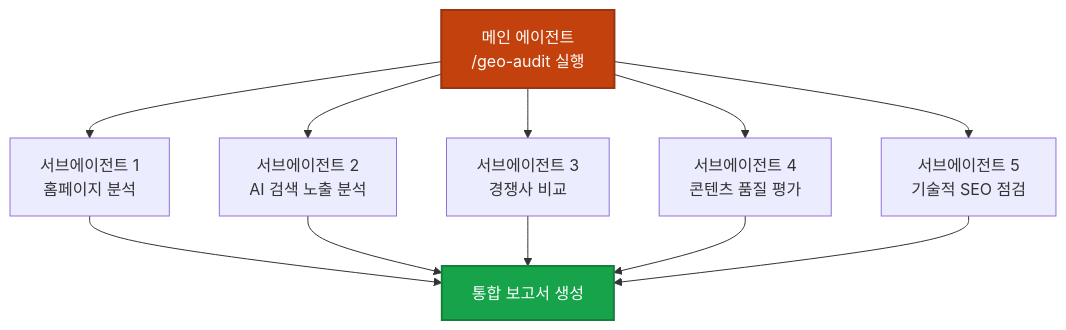
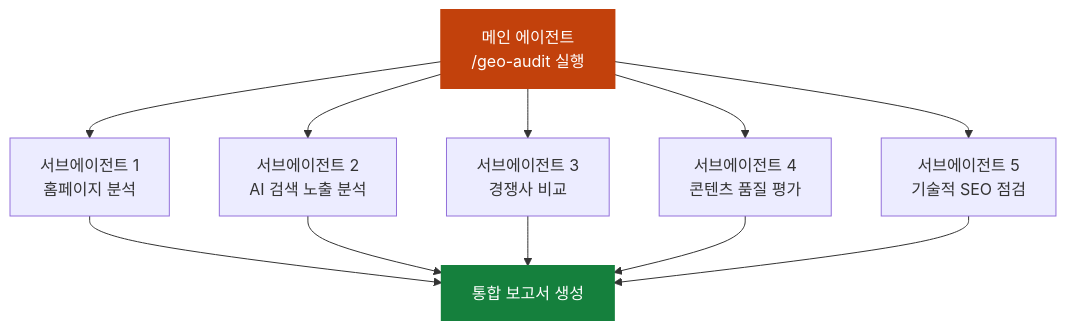
The second of 2 diagrams in content/youtube-update/agents-vs-skills-geo-audit.md (udawon/udawon-how-to-claude), drawn with Mermaid before and after one commit. The commit also changed other lines of this file and 23 other files, not shown here.

````diff
--- a/content/youtube-update/agents-vs-skills-geo-audit.md
+++ b/content/youtube-update/agents-vs-skills-geo-audit.md
@@ -136,15 +136,15 @@
 ```mermaid
 graph TB
     A["메인 에이전트<br/>/geo-audit 실행"] --> B["서브에이전트 1<br/>홈페이지 분석"]
     A --> C["서브에이전트 2<br/>AI 검색 노출 분석"]
     A --> D["서브에이전트 3<br/>경쟁사 비교"]
     A --> E["서브에이전트 4<br/>콘텐츠 품질 평가"]
     A --> F["서브에이전트 5<br/>기술적 SEO 점검"]
     B --> G["통합 보고서 생성"]
     C --> G
     D --> G
     E --> G
     F --> G
-    style A fill:#c2410c,color:#fff,stroke:#9a3412,stroke-width:2px
-    style G fill:#16a34a,color:#fff,stroke:#15803d,stroke-width:2px
+    style A fill:#c2410c,color:#fff,stroke:#c2410c,stroke-width:2px
+    style G fill:#15803d,color:#fff,stroke:#15803d,stroke-width:2px
 ```
````
